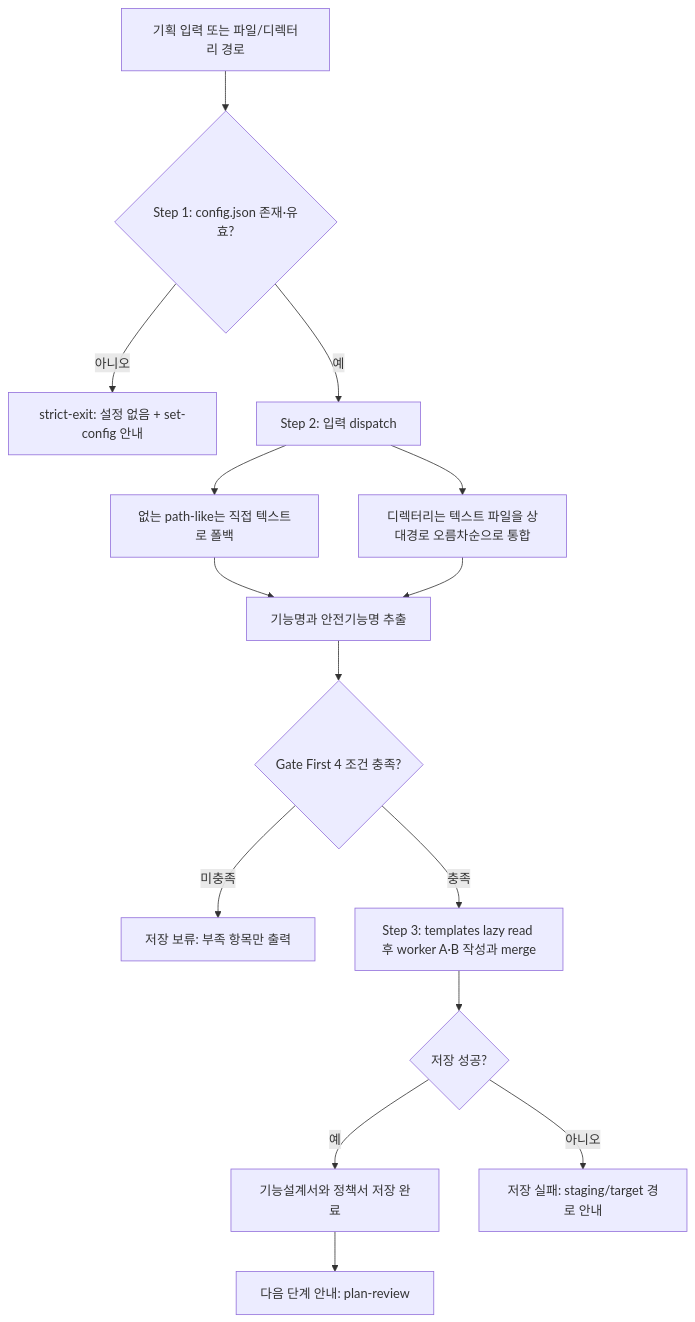
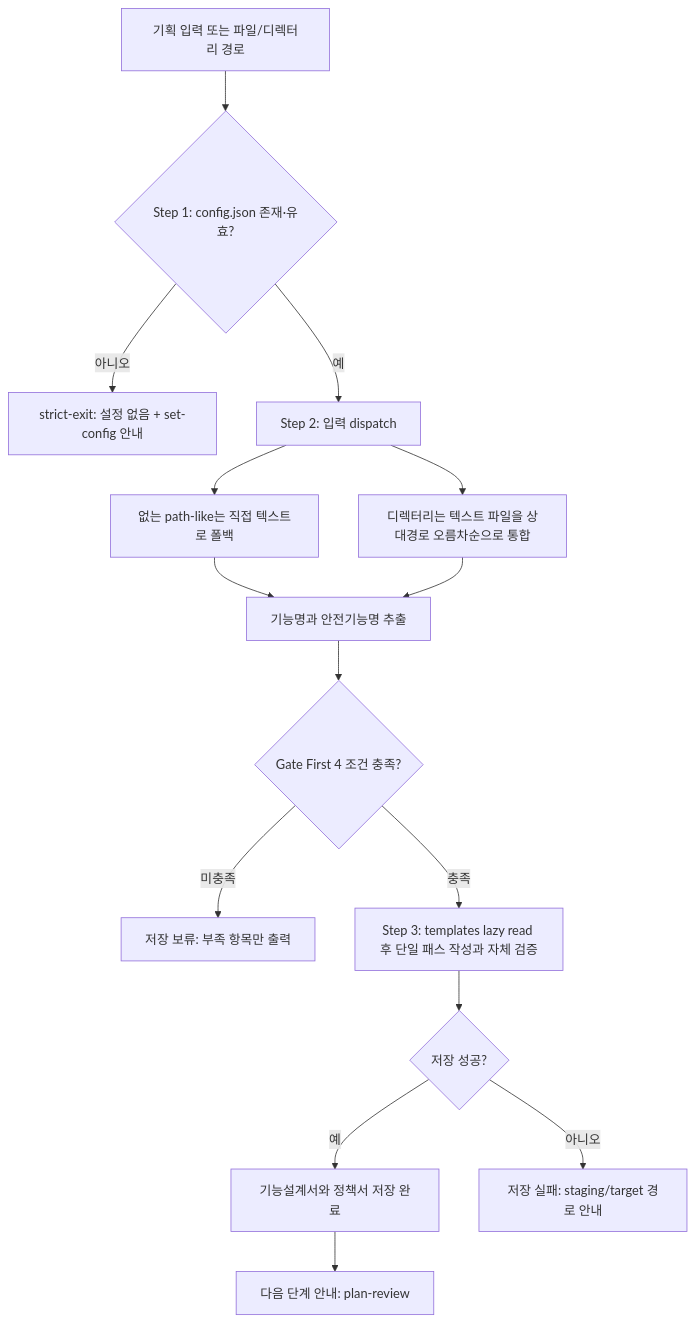
Before and after one commit to inkwonjung-colosseum/plugins: the third of 5 diagrams in product-team-kit/docs/skills-workflow.md, drawn with Mermaid. The commit also changed other lines of this file and 16 other files, not shown here.

````diff
--- a/product-team-kit/docs/skills-workflow.md
+++ b/product-team-kit/docs/skills-workflow.md
@@ -107,17 +107,17 @@
 ```mermaid
 flowchart TD
     A[기획 입력 또는 파일/디렉터리 경로] --> S1{Step 1: config.json 존재·유효?}
     S1 -- 아니오 --> S1X[strict-exit: 설정 없음 + set-config 안내]
     S1 -- 예 --> B[Step 2: 입력 dispatch]
     B --> B1[없는 path-like는 직접 텍스트로 폴백]
     B --> B2[디렉터리는 텍스트 파일을 상대경로 오름차순으로 통합]
     B1 --> C[기능명과 안전기능명 추출]
     B2 --> C
     C --> D{Gate First 4 조건 충족?}
     D -- 미충족 --> E[저장 보류: 부족 항목만 출력]
-    D -- 충족 --> H[Step 3: templates lazy read 후 worker A·B 작성과 merge]
+    D -- 충족 --> H[Step 3: templates lazy read 후 단일 패스 작성과 자체 검증]
     H --> N{저장 성공?}
     N -- 예 --> O[기능설계서와 정책서 저장 완료]
     N -- 아니오 --> P[저장 실패: staging/target 경로 안내]
     O --> Q[다음 단계 안내: plan-review]
 ```
````
